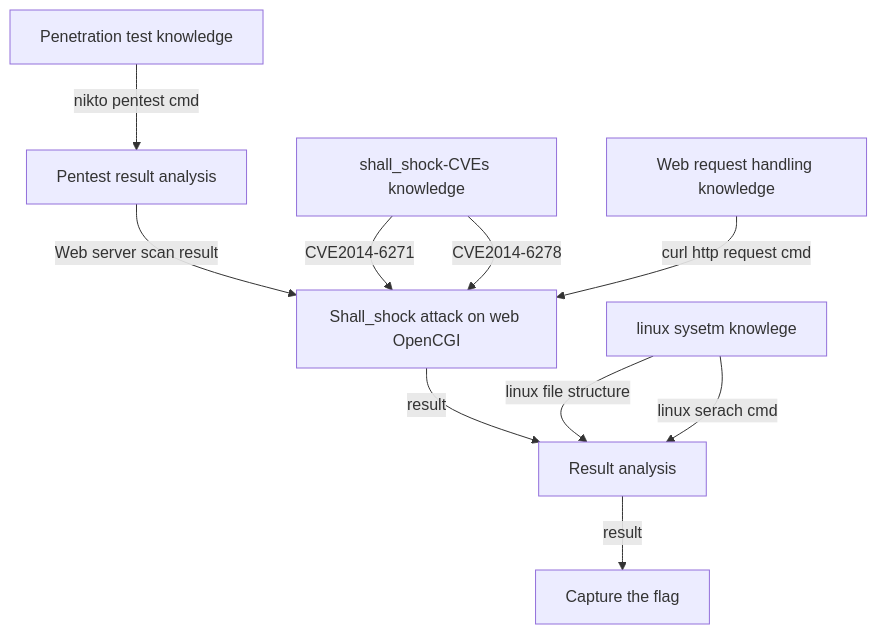
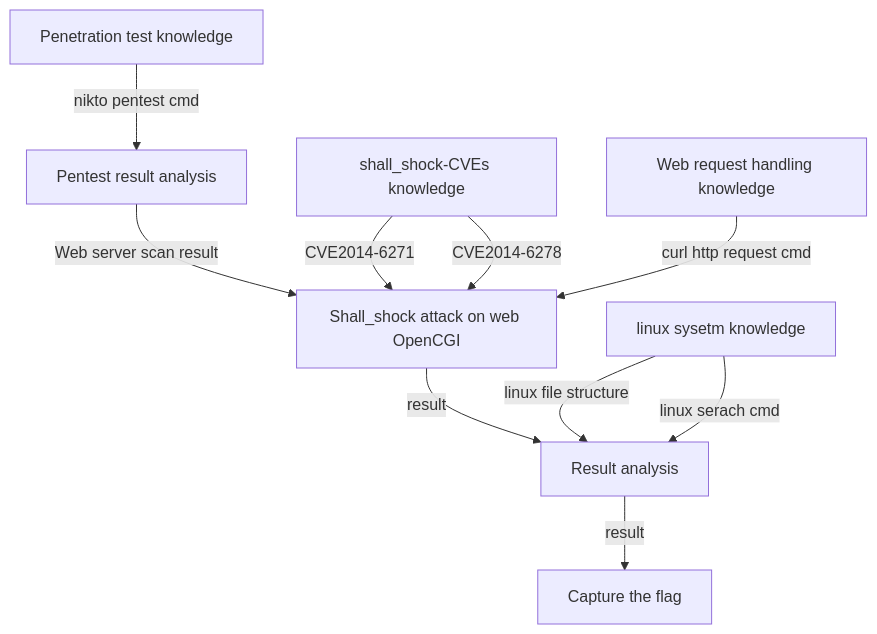
The diagram in doc/testCases/shell_shock.md (LiuYuancheng/ChatGPT_on_CTF), drawn with Mermaid before and after one commit. The commit also changed other lines of this file and 2 other files, not shown here.

Commit message:
update the buffer overflow summary section.

````diff
--- a/doc/testCases/shell_shock.md
+++ b/doc/testCases/shell_shock.md
@@ -314,13 +314,13 @@
 ```mermaid
 flowchart TD
     A[Penetration test knowledge] --> |nikto pentest cmd| B 
     B[Pentest result analysis] --> |Web server scan result| D
     C[shall_shock-CVEs knowledge] --> |CVE2014-6271| D
    	C[shall_shock-CVEs knowledge] --> |CVE2014-6278| D
    	E[Web request handling knowledge] --> |curl http request cmd| D
     D[Shall_shock attack on web OpenCGI] -->|result| F
-    H[linux sysetm knowlege] -->|linux file structure| F
-    H[linux sysetm knowlege] -->|linux serach cmd| F
+    H[linux sysetm knowledge] -->|linux file structure| F
+    H[linux sysetm knowledge] -->|linux serach cmd| F
     F[Result analysis]-->|result| G
     G[Capture the flag]
 ```
````
